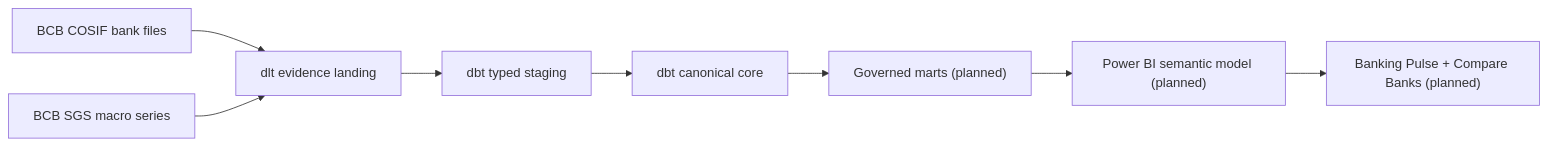
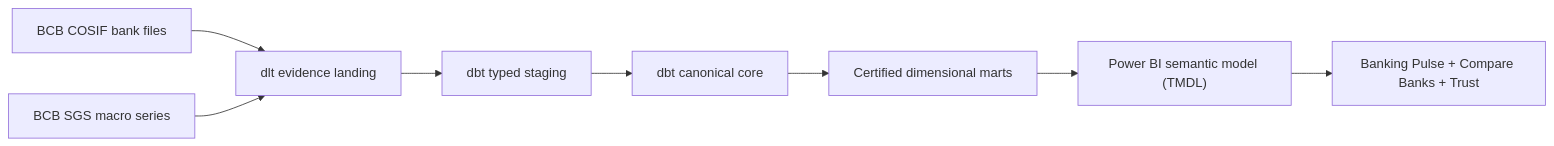
Before and after one commit to rafaelmjf/showcase-e2e-banking-analytics: the first of 4 diagrams in docs/architecture.md, drawn with Mermaid. The commit also changed other lines of this file and 134 other files, not shown here.

````diff
--- a/docs/architecture.md
+++ b/docs/architecture.md
@@ -24,10 +24,10 @@
 ```mermaid
 flowchart LR
     A["BCB COSIF bank files"] --> C["dlt evidence landing"]
     B["BCB SGS macro series"] --> C
     C --> D["dbt typed staging"]
     D --> E["dbt canonical core"]
-    E --> F["Governed marts (planned)"]
-    F --> G["Power BI semantic model (planned)"]
-    G --> H["Banking Pulse + Compare Banks (planned)"]
+    E --> F["Certified dimensional marts"]
+    F --> G["Power BI semantic model (TMDL)"]
+    G --> H["Banking Pulse + Compare Banks + Trust"]
 ```
````
